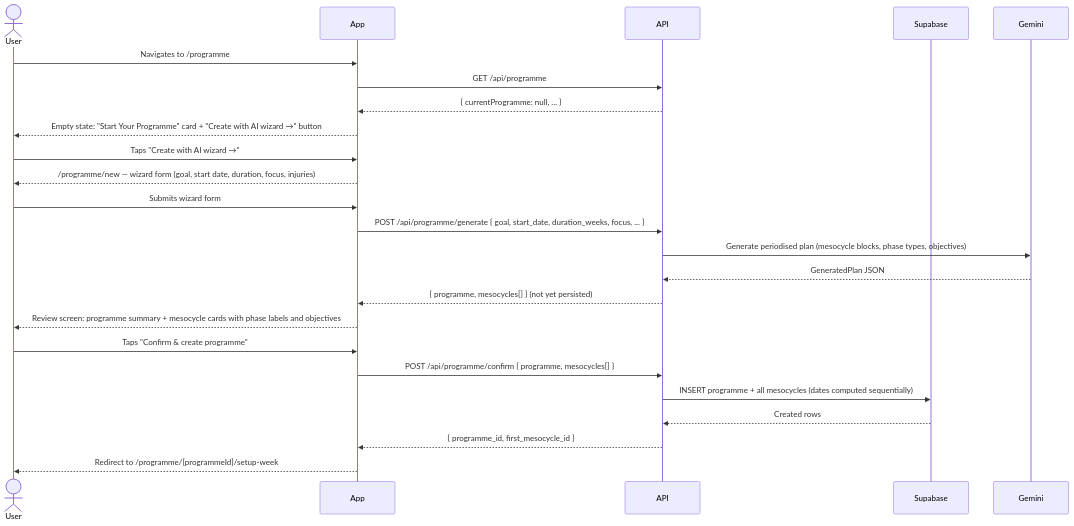
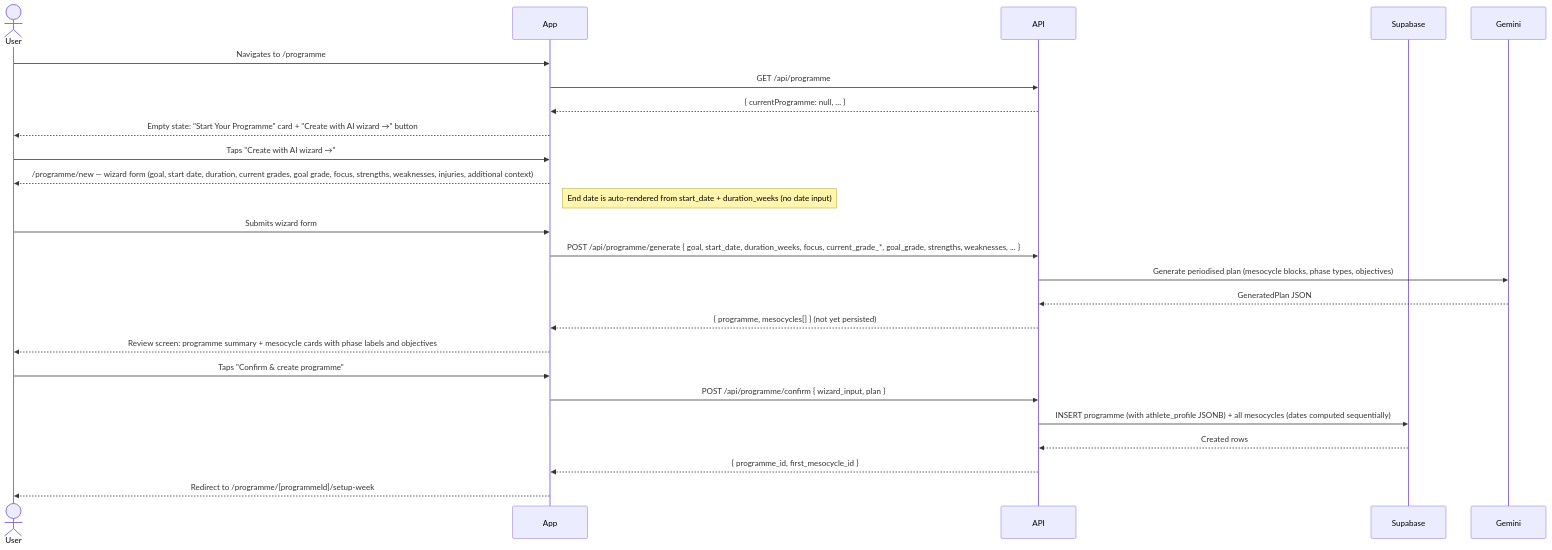
Before and after one commit to quzle/climbing-coach: the first of 2 diagrams in docs/ux/03-programme-setup.md, drawn with Mermaid. The commit also changed 7 other files, not shown here.

Commit message:
feat: dynamic athlete profile, no hardcoded grades or training goals

````diff
--- a/docs/ux/03-programme-setup.md
+++ b/docs/ux/03-programme-setup.md
@@ -18,30 +18,31 @@
 ```mermaid
 sequenceDiagram
     actor User
     participant App
     participant API
     participant Supabase
     participant Gemini
 
     User->>App: Navigates to /programme
     App->>API: GET /api/programme
     API-->>App: { currentProgramme: null, ... }
     App-->>User: Empty state: "Start Your Programme" card + "Create with AI wizard →" button
 
     User->>App: Taps "Create with AI wizard →"
-    App-->>User: /programme/new — wizard form (goal, start date, duration, focus, injuries)
+    App-->>User: /programme/new — wizard form (goal, start date, duration, current grades, goal grade, focus, strengths, weaknesses, injuries, additional context)
+    Note right of App: End date is auto-rendered from start_date + duration_weeks (no date input)
 
     User->>App: Submits wizard form
-    App->>API: POST /api/programme/generate { goal, start_date, duration_weeks, focus, ... }
+    App->>API: POST /api/programme/generate { goal, start_date, duration_weeks, focus, current_grade_*, goal_grade, strengths, weaknesses, ... }
     API->>Gemini: Generate periodised plan (mesocycle blocks, phase types, objectives)
     Gemini-->>API: GeneratedPlan JSON
     API-->>App: { programme, mesocycles[] } (not yet persisted)
     App-->>User: Review screen: programme summary + mesocycle cards with phase labels and objectives
 
     User->>App: Taps "Confirm & create programme"
-    App->>API: POST /api/programme/confirm { programme, mesocycles[] }
-    API->>Supabase: INSERT programme + all mesocycles (dates computed sequentially)
+    App->>API: POST /api/programme/confirm { wizard_input, plan }
+    API->>Supabase: INSERT programme (with athlete_profile JSONB) + all mesocycles (dates computed sequentially)
     Supabase-->>API: Created rows
     API-->>App: { programme_id, first_mesocycle_id }
     App-->>User: Redirect to /programme/[programmeId]/setup-week
 ```
````
